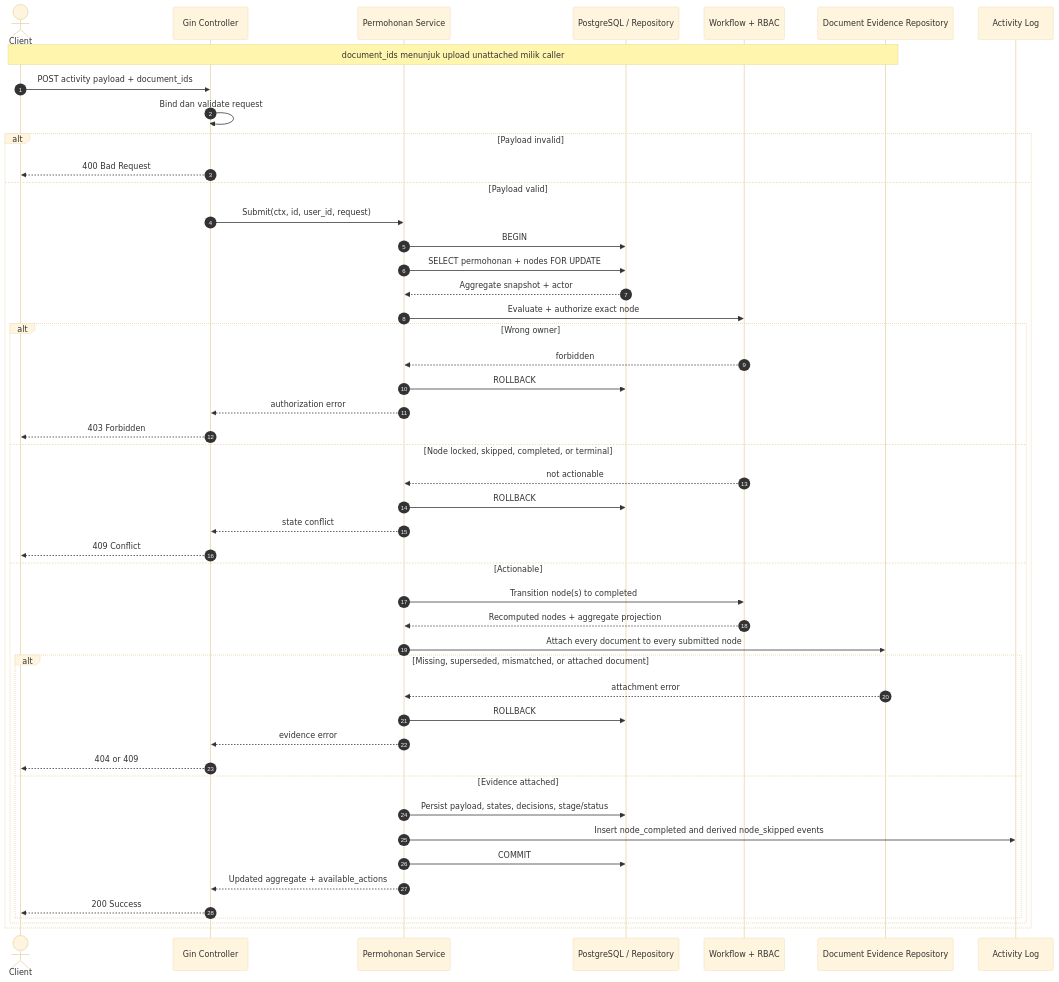
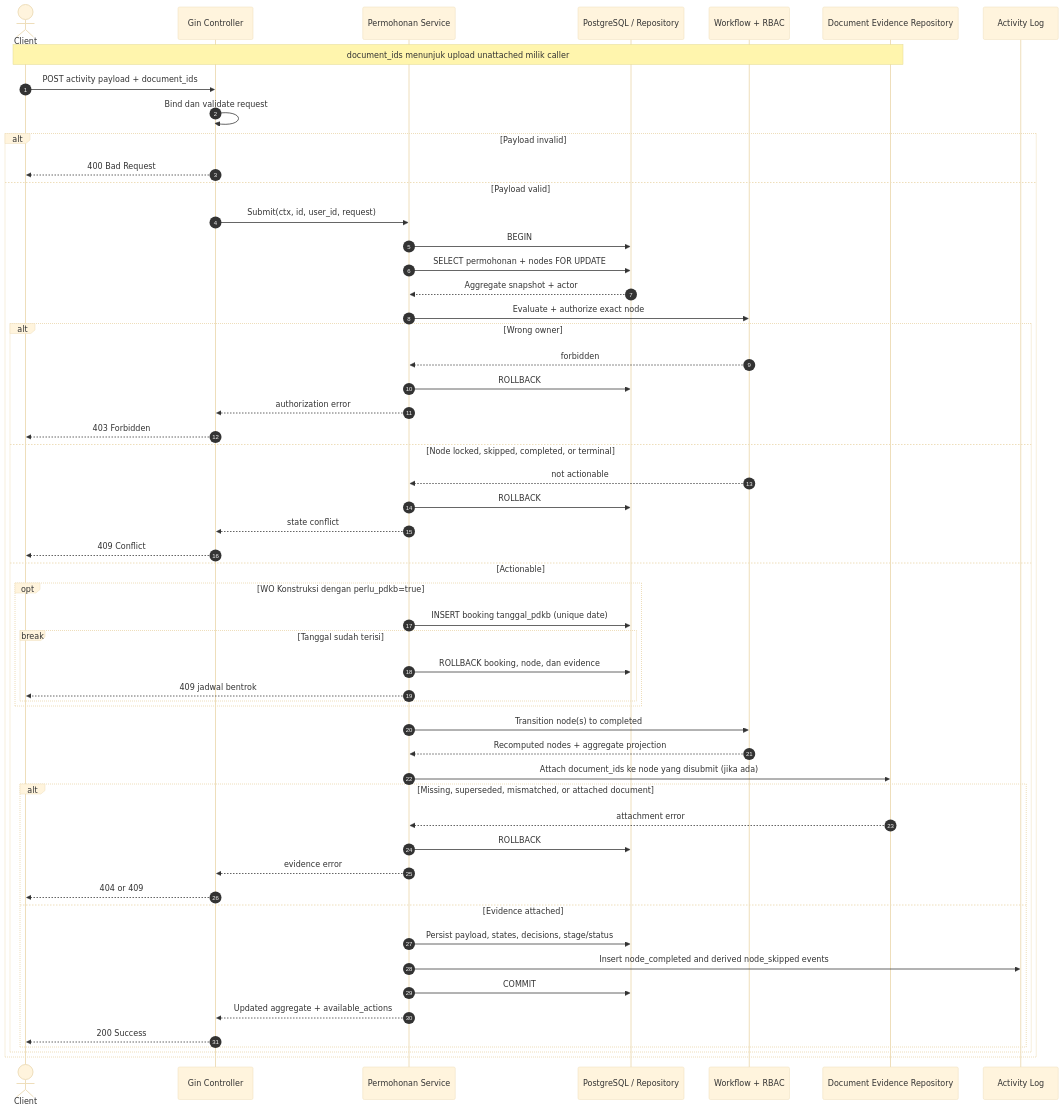
Before and after one commit to pln-colabora/colabora-be: the diagram in docs/architecture/diagrams/05-activity-submission.md, drawn with Mermaid (base theme). The commit also changed other lines of this file and 12 other files, not shown here.

Commit message:
docs: synchronize architecture flowcharts with current workflow

````diff
--- a/docs/architecture/diagrams/05-activity-submission.md
+++ b/docs/architecture/diagrams/05-activity-submission.md
@@ -9,51 +10,58 @@
 ```mermaid
 sequenceDiagram
   autonumber
   actor Client
   participant C as Gin Controller
   participant S as Permohonan Service
   participant DB as PostgreSQL / Repository
   participant W as Workflow + RBAC
   participant E as Document Evidence Repository
   participant L as Activity Log
 
   Note over Client,E: document_ids menunjuk upload unattached milik caller
   Client->>C: POST activity payload + document_ids
   C->>C: Bind dan validate request
   alt Payload invalid
     C-->>Client: 400 Bad Request
   else Payload valid
     C->>S: Submit(ctx, id, user_id, request)
     S->>DB: BEGIN
     S->>DB: SELECT permohonan + nodes FOR UPDATE
     DB-->>S: Aggregate snapshot + actor
     S->>W: Evaluate + authorize exact node
     alt Wrong owner
       W-->>S: forbidden
       S->>DB: ROLLBACK
       S-->>C: authorization error
       C-->>Client: 403 Forbidden
     else Node locked, skipped, completed, or terminal
       W-->>S: not actionable
       S->>DB: ROLLBACK
       S-->>C: state conflict
       C-->>Client: 409 Conflict
     else Actionable
+      opt WO Konstruksi dengan perlu_pdkb=true
+        S->>DB: INSERT booking tanggal_pdkb (unique date)
+        break Tanggal sudah terisi
+          S->>DB: ROLLBACK booking, node, dan evidence
+          S-->>Client: 409 jadwal bentrok
+        end
+      end
       S->>W: Transition node(s) to completed
       W-->>S: Recomputed nodes + aggregate projection
-      S->>E: Attach every document to every submitted node
+      S->>E: Attach document_ids ke node yang disubmit (jika ada)
       alt Missing, superseded, mismatched, or attached document
         E-->>S: attachment error
         S->>DB: ROLLBACK
         S-->>C: evidence error
         C-->>Client: 404 or 409
       else Evidence attached
         S->>DB: Persist payload, states, decisions, stage/status
         S->>L: Insert node_completed and derived node_skipped events
         S->>DB: COMMIT
         S-->>C: Updated aggregate + available_actions
         C-->>Client: 200 Success
       end
     end
   end
 ```
````
